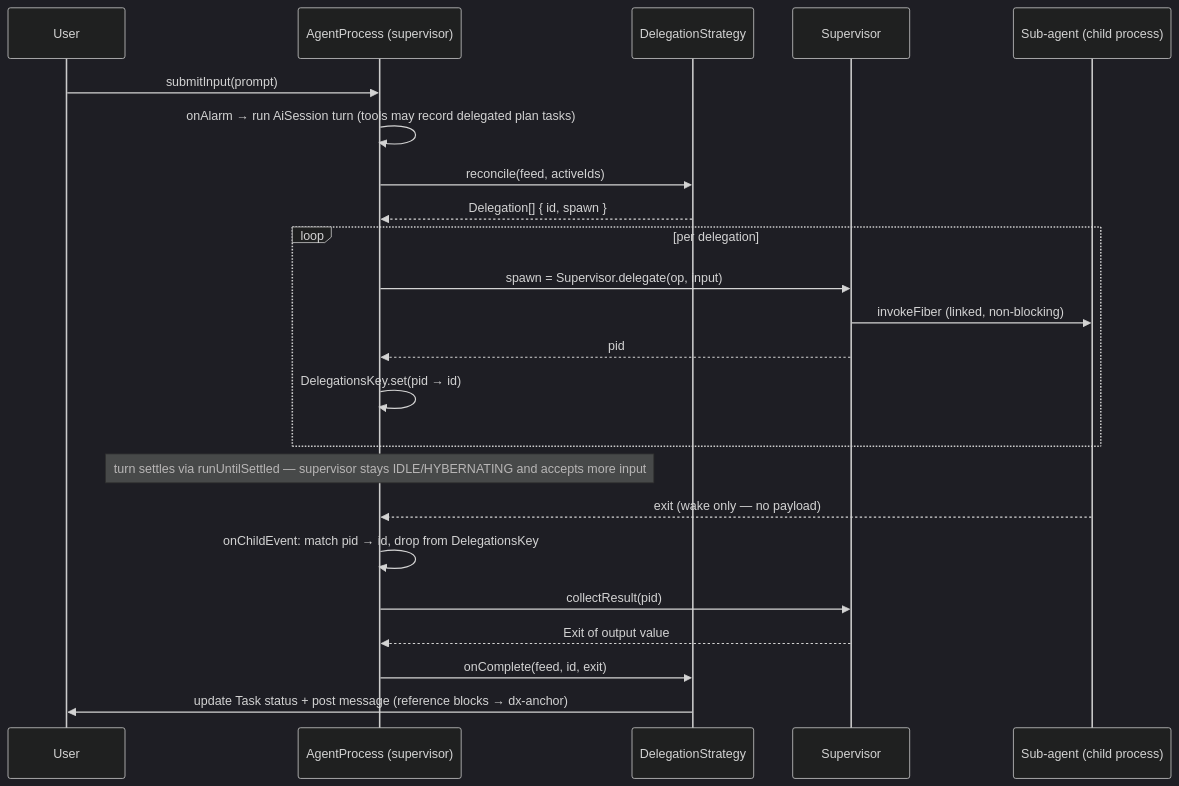
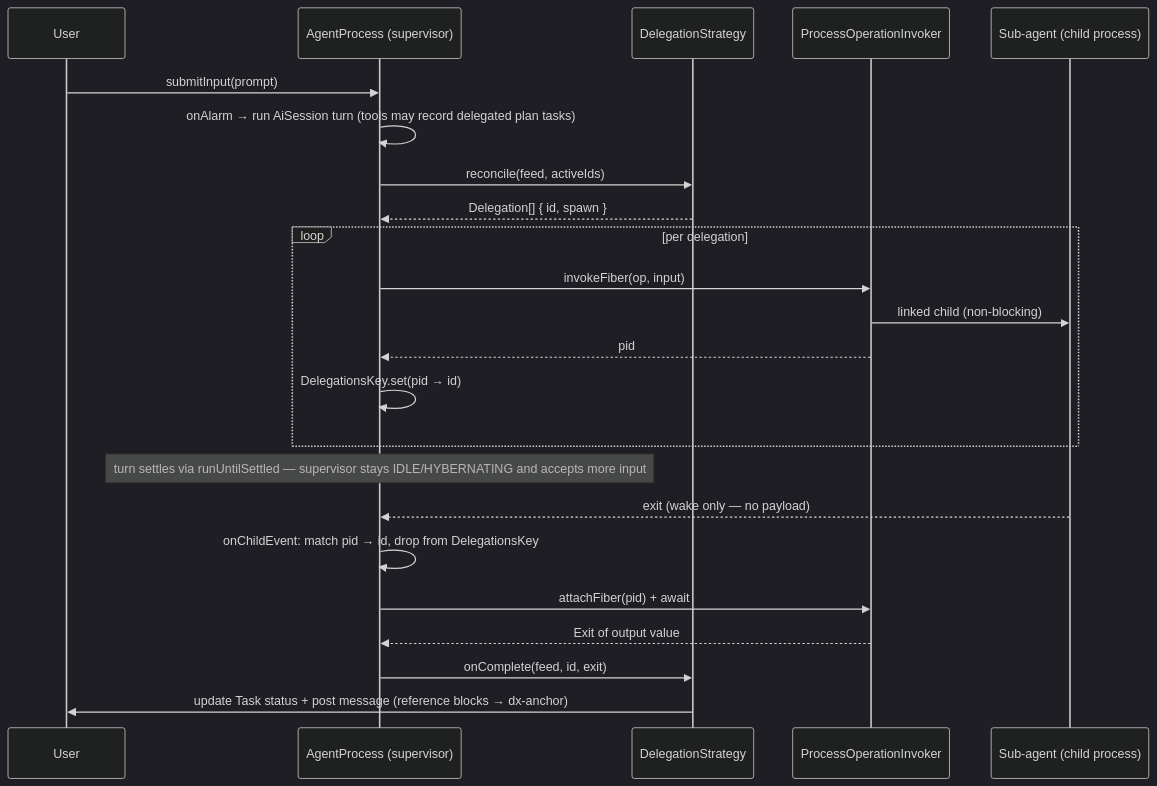
Before and after one commit to dxos/dxos: the second of 2 diagrams in packages/core/compute/functions-runtime/src/agent-service/README.md, drawn with Mermaid (dark theme). The commit also changed other lines of this file and 10 other files, not shown here.

First line of the commit message:
refactor(compute-runtime): drop Supervisor wrapper, inline ProcessOperationInvoker

````diff
--- a/packages/core/compute/functions-runtime/src/agent-service/README.md
+++ b/packages/core/compute/functions-runtime/src/agent-service/README.md
@@ -54,27 +55,27 @@
 ```mermaid
 sequenceDiagram
   participant U as User
   participant AP as AgentProcess (supervisor)
   participant ST as DelegationStrategy
-  participant SUP as Supervisor
+  participant POI as ProcessOperationInvoker
   participant CH as Sub-agent (child process)
 
   U->>AP: submitInput(prompt)
   AP->>AP: onAlarm → run AiSession turn (tools may record delegated plan tasks)
   AP->>ST: reconcile(feed, activeIds)
   ST-->>AP: Delegation[] { id, spawn }
   loop per delegation
-    AP->>SUP: spawn = Supervisor.delegate(op, input)
-    SUP->>CH: invokeFiber (linked, non-blocking)
-    SUP-->>AP: pid
+    AP->>POI: invokeFiber(op, input)
+    POI->>CH: linked child (non-blocking)
+    POI-->>AP: pid
     AP->>AP: DelegationsKey.set(pid → id)
   end
   Note over AP: turn settles via runUntilSettled — supervisor stays IDLE/HYBERNATING and accepts more input
 
   CH-->>AP: exit (wake only — no payload)
   AP->>AP: onChildEvent: match pid → id, drop from DelegationsKey
-  AP->>SUP: collectResult(pid)
-  SUP-->>AP: Exit of output value
+  AP->>POI: attachFiber(pid) + await
+  POI-->>AP: Exit of output value
   AP->>ST: onComplete(feed, id, exit)
   ST->>U: update Task status + post message (reference blocks → dx-anchor)
 ```
````
